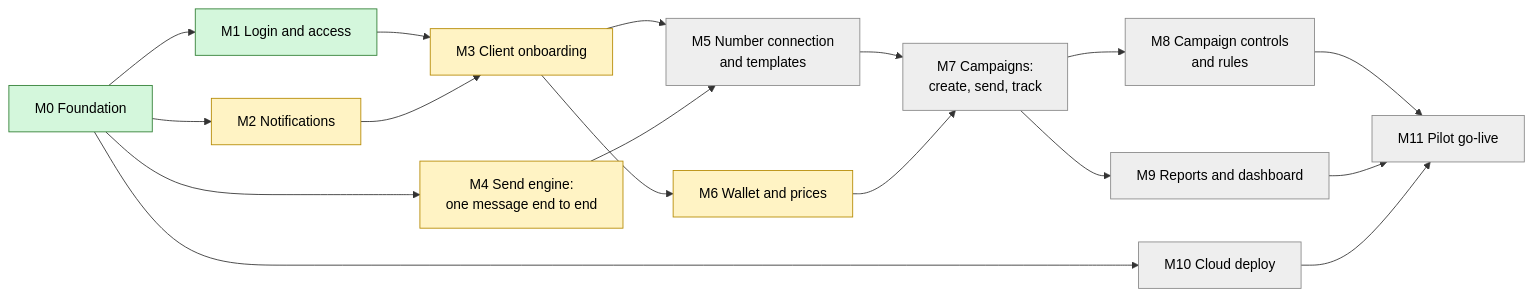
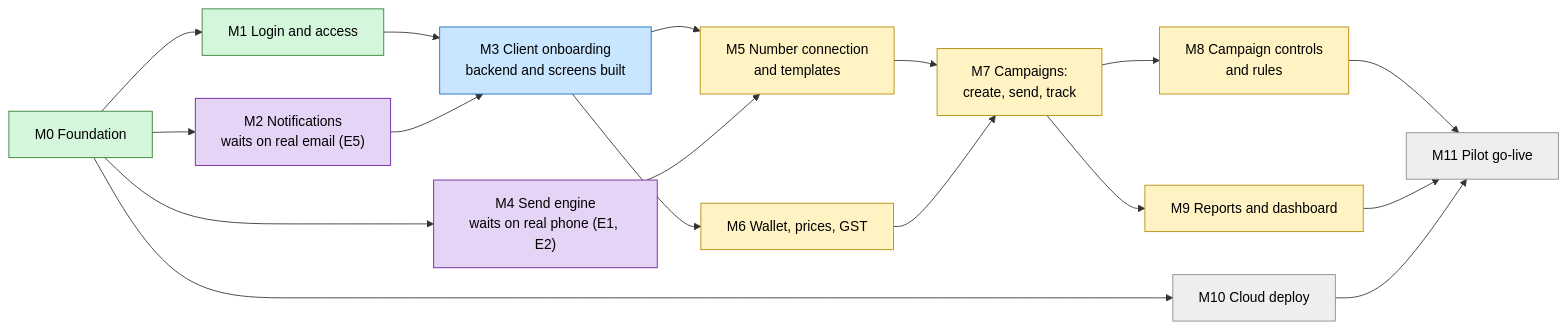
The diagram in docs/project-tracker.md (reaplift/reaplift-bsp), drawn with Mermaid before and after one commit. The commit also changed other lines of this file, not shown here.

Commit message:
docs: roadmap colours show where each milestone stands

````diff
--- a/docs/project-tracker.md
+++ b/docs/project-tracker.md
@@ -19,36 +19,38 @@
 ```mermaid
 flowchart LR
   M0["M0 Foundation"]:::done
   M1["M1 Login and access"]:::done
-  M2["M2 Notifications"]:::wip
-  M3["M3 Client onboarding"]:::wip
-  M4["M4 Send engine:<br/>one message end to end"]:::wip
-  M5["M5 Number connection<br/>and templates"]:::todo
-  M6["M6 Wallet and prices"]:::wip
-  M7["M7 Campaigns:<br/>create, send, track"]:::todo
-  M8["M8 Campaign controls<br/>and rules"]:::todo
-  M9["M9 Reports and dashboard"]:::todo
+  M2["M2 Notifications<br/>waits on real email (E5)"]:::waiting
+  M3["M3 Client onboarding<br/>backend and screens built"]:::review
+  M4["M4 Send engine<br/>waits on real phone (E1, E2)"]:::waiting
+  M5["M5 Number connection<br/>and templates"]:::backend
+  M6["M6 Wallet, prices, GST"]:::backend
+  M7["M7 Campaigns:<br/>create, send, track"]:::backend
+  M8["M8 Campaign controls<br/>and rules"]:::backend
+  M9["M9 Reports and dashboard"]:::backend
   M10["M10 Cloud deploy"]:::todo
   M11["M11 Pilot go-live"]:::todo
 
   M0 --> M1
   M0 --> M2
   M0 --> M4
   M0 --> M10
   M1 --> M3
   M2 --> M3
   M3 --> M5
   M4 --> M5
   M3 --> M6
   M5 --> M7
   M6 --> M7
   M7 --> M8
   M7 --> M9
   M8 --> M11
   M9 --> M11
   M10 --> M11
 
   classDef done fill:#d4f7dc,stroke:#2e7d32,color:#000
-  classDef wip fill:#fff3c4,stroke:#b58900,color:#000
+  classDef review fill:#c8e6ff,stroke:#1565c0,color:#000
+  classDef waiting fill:#e6d4f7,stroke:#6a1b9a,color:#000
+  classDef backend fill:#fff3c4,stroke:#b58900,color:#000
   classDef todo fill:#eeeeee,stroke:#888,color:#000
 ```
````
